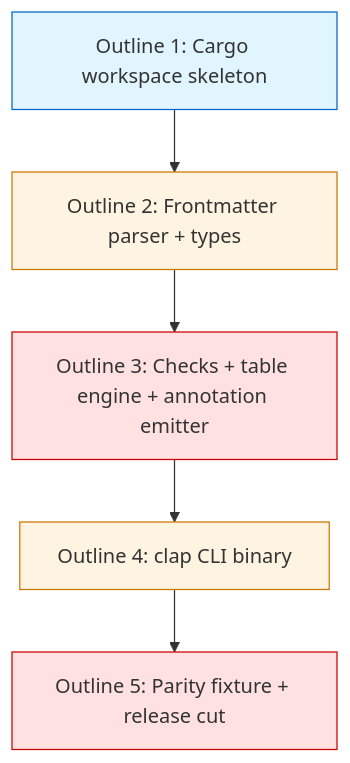
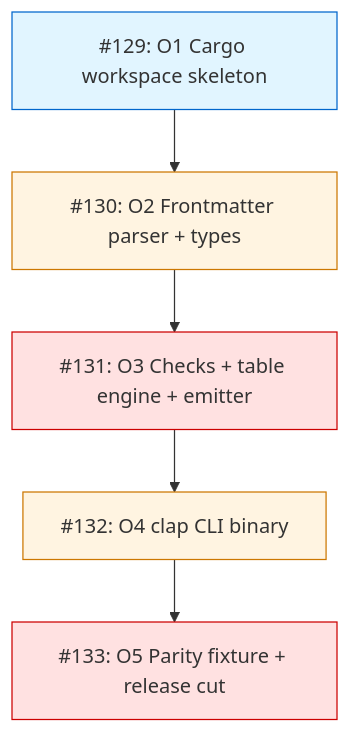
One commit to tsukumogami/shirabe changed the diagram in docs/plans/PLAN-shirabe-cli-rust-rewrite.md. Above: the diagram before and after it, drawn with Mermaid.

Commit message:
docs(plan): reconcile rust-rewrite diagram with issue-keyed table
Replace O1-O5 outline node ids with I129-I133 issue-keyed ids so the
dependency-graph node set matches the implementation-issues table per
the canonical plan-profile shape in references/dependency-diagram.md
and references/issues-table.md. Edges and class assignments follow
the renaming; the outline labels are preserved in the node text so the
five-phase narrative remains readable. Drops nine FC07 notices on this
file to zero.

````diff
--- a/docs/plans/PLAN-shirabe-cli-rust-rewrite.md
+++ b/docs/plans/PLAN-shirabe-cli-rust-rewrite.md
@@ -273,17 +273,17 @@
 ```mermaid
 graph TD
-    O1["Outline 1: Cargo workspace skeleton"]
-    O2["Outline 2: Frontmatter parser + types"]
-    O3["Outline 3: Checks + table engine + annotation emitter"]
-    O4["Outline 4: clap CLI binary"]
-    O5["Outline 5: Parity fixture + release cut"]
+    I129["#129: O1 Cargo workspace skeleton"]
+    I130["#130: O2 Frontmatter parser + types"]
+    I131["#131: O3 Checks + table engine + emitter"]
+    I132["#132: O4 clap CLI binary"]
+    I133["#133: O5 Parity fixture + release cut"]
 
-    O1 --> O2 --> O3 --> O4 --> O5
+    I129 --> I130 --> I131 --> I132 --> I133
 
     classDef simple fill:#e1f5ff,stroke:#0066cc
     classDef testable fill:#fff4e1,stroke:#cc7700
     classDef critical fill:#ffe1e1,stroke:#cc0000
-    class O1 simple
-    class O2,O4 testable
-    class O3,O5 critical
+    class I129 simple
+    class I130,I132 testable
+    class I131,I133 critical
 ```
````
